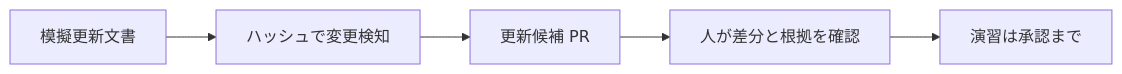
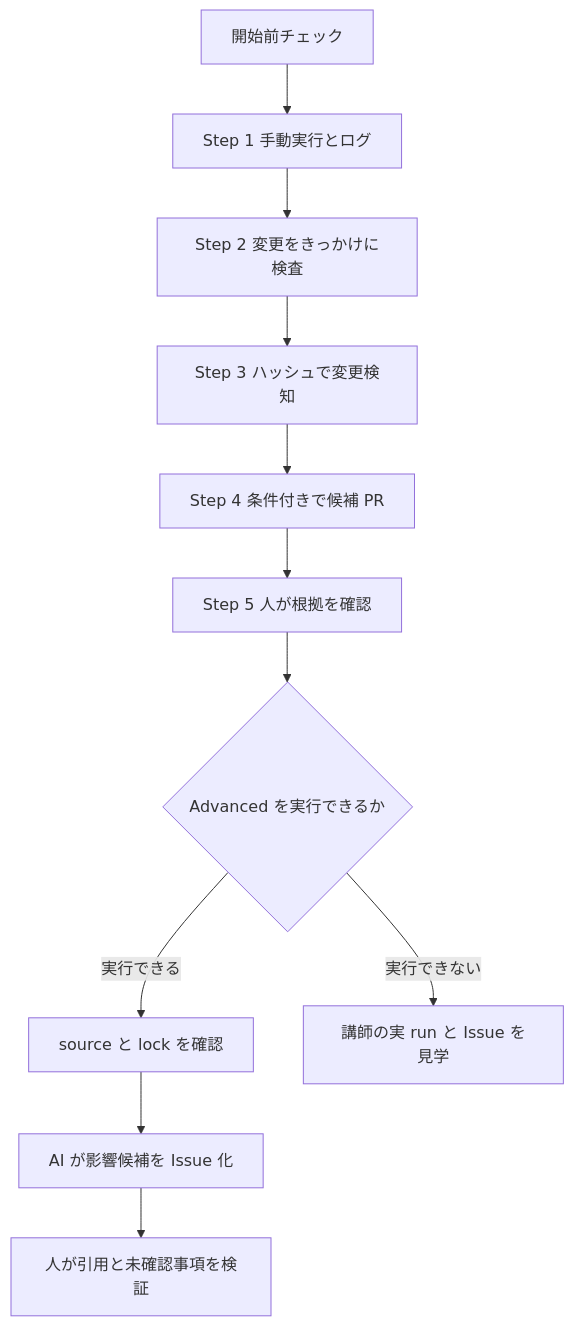
One commit to ks6088ts-labs/handson-github-actions changed the first of 2 diagrams in README.md. Above: the diagram before and after it, drawn with Mermaid. The commit also changed other lines of this file and 20 other files, not shown here.

````diff
--- a/README.md
+++ b/README.md
@@ -33,7 +45,13 @@
 ```mermaid
-flowchart LR
-    A[模擬更新文書] --> B[ハッシュで変更検知]
-    B --> C[更新候補 PR]
-    C --> D[人が差分と根拠を確認]
-    D --> E[演習は承認まで]
+flowchart TD
+    A[開始前チェック] --> B[Step 1 手動実行とログ]
+    B --> C[Step 2 変更をきっかけに検査]
+    C --> D[Step 3 ハッシュで変更検知]
+    D --> E[Step 4 条件付きで候補 PR]
+    E --> F[Step 5 人が根拠を確認]
+    F --> G{Advanced を実行できるか}
+    G -->|実行できる| H[source と lock を確認]
+    H --> I[AI が影響候補を Issue 化]
+    I --> J[人が引用と未確認事項を検証]
+    G -->|実行できない| K[講師の実 run と Issue を見学]
 ```
````
